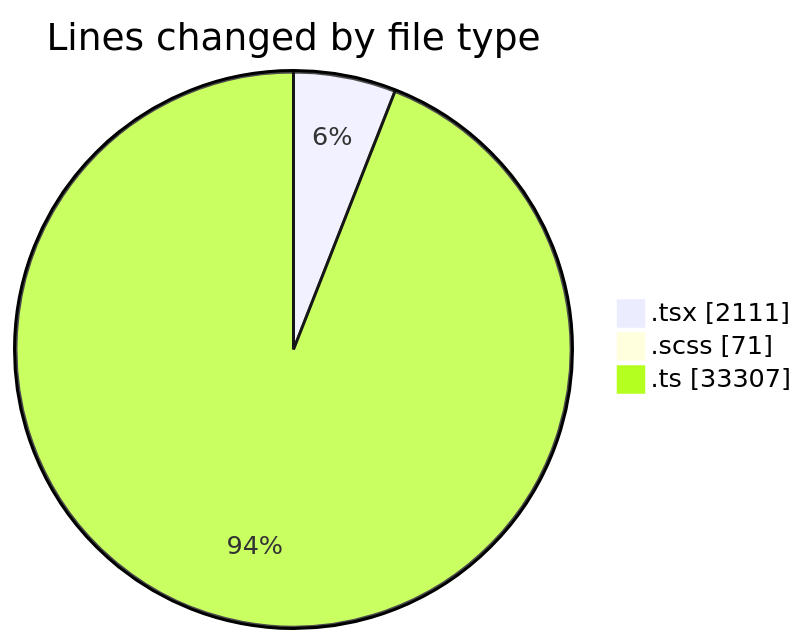
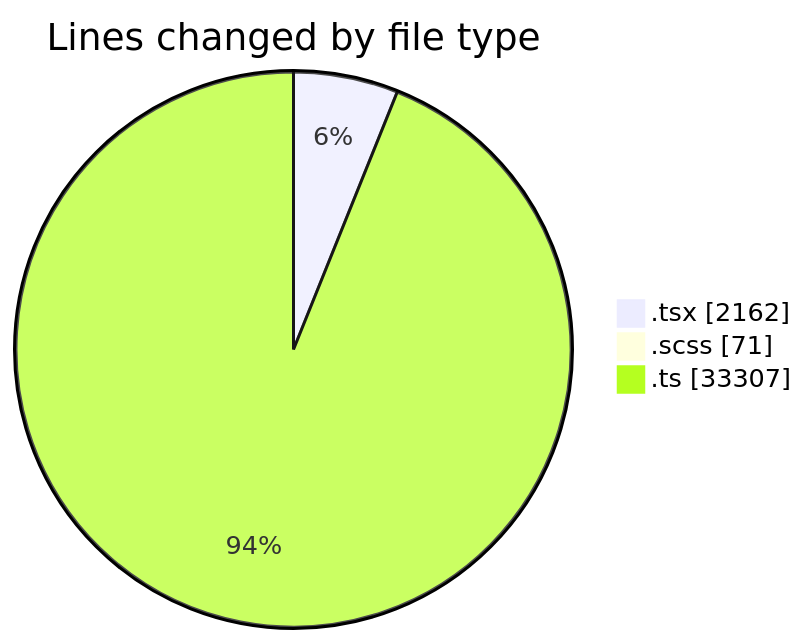
One commit to momahboobian/code-tracking changed the first of 2 diagrams in 2026-09-10/cda/README.md. Above: the diagram before and after it, drawn with Mermaid. The commit also changed other lines of this file and 1 other file, not shown here.

````diff
--- a/2026-09-10/cda/README.md
+++ b/2026-09-10/cda/README.md
@@ -33,7 +34,7 @@
 ```mermaid
 pie showData
 title Lines changed by file type
-".tsx" : 2111
+".tsx" : 2162
 ".scss" : 71
 ".ts" : 33307
 ```
````
